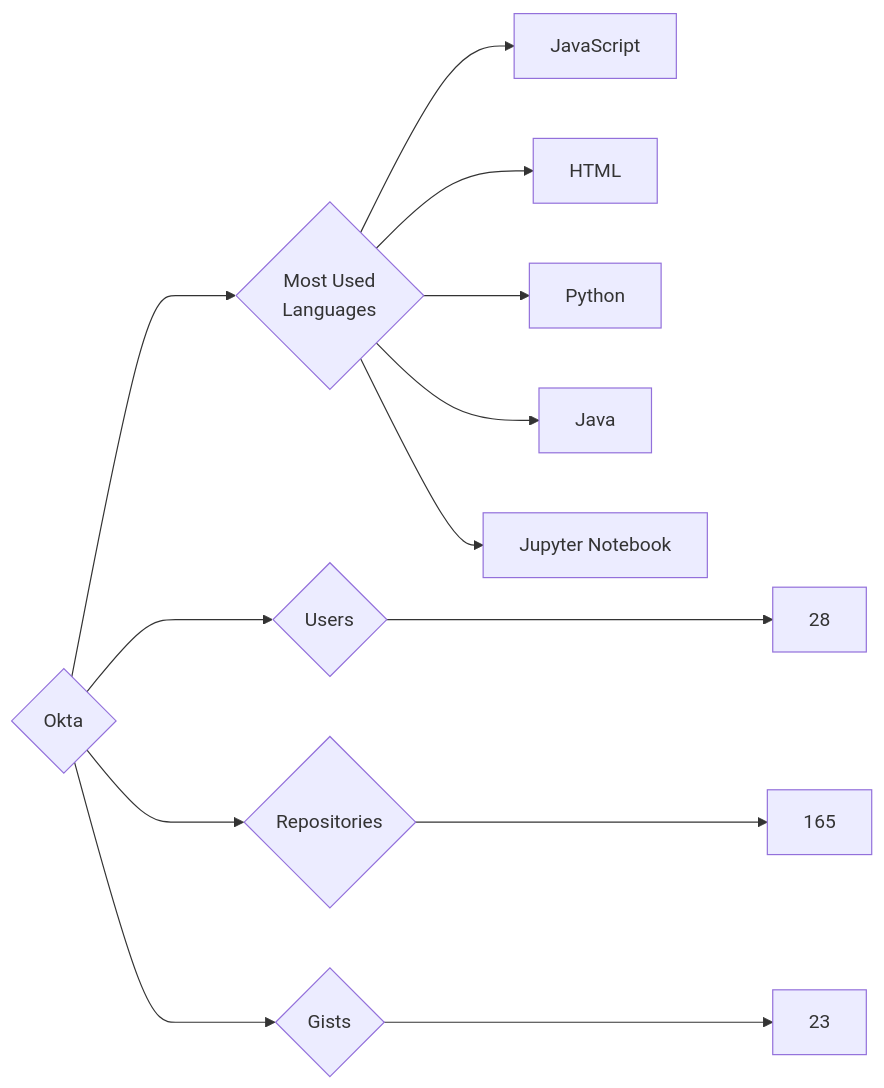
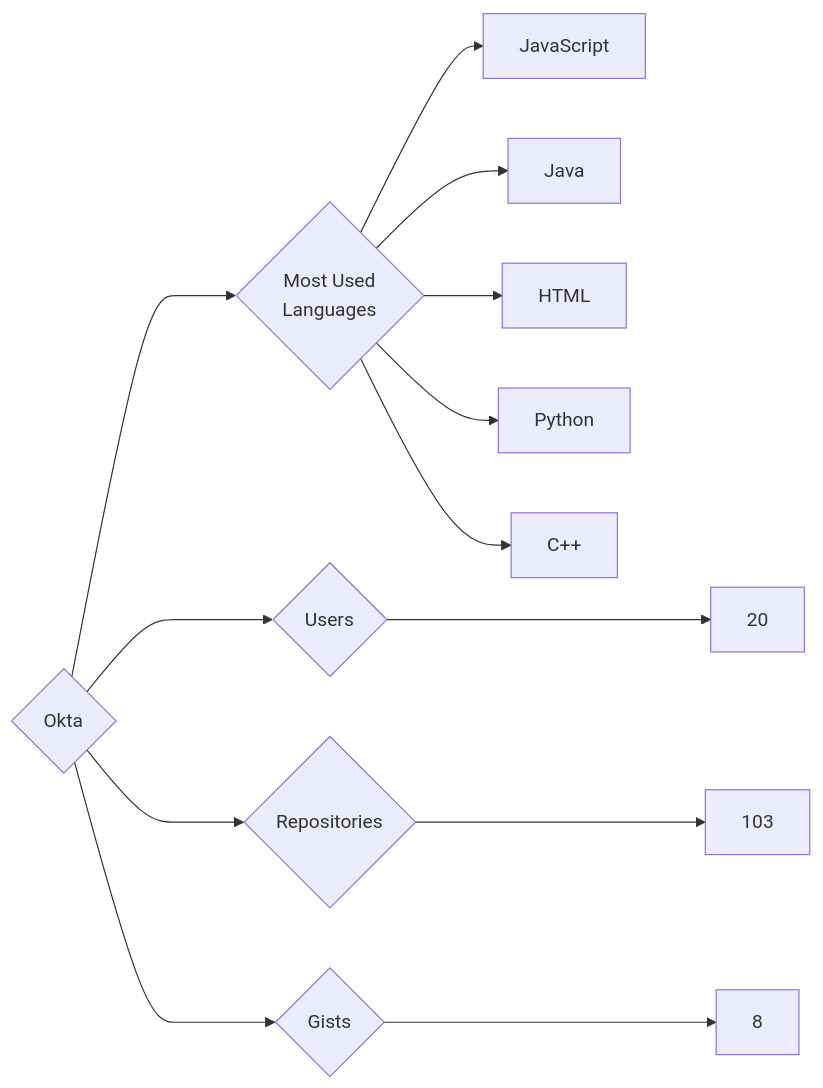
The diagram in targets/Okta/README.md (trickest/insiders), drawn with Mermaid before and after one commit. The commit also changed 695 other files, not shown here.

````diff
--- a/targets/Okta/README.md
+++ b/targets/Okta/README.md
@@ -3,13 +3,13 @@
 ```mermaid
 graph LR
 COMPANY_NAME{Okta}
-COMPANY_NAME ---> U{Users} ---> UN[28]
-COMPANY_NAME ---> R{Repositories} ---> RN[165]
-COMPANY_NAME ---> G{Gists} ---> GN[23]
+COMPANY_NAME ---> U{Users} ---> UN[20]
+COMPANY_NAME ---> R{Repositories} ---> RN[103]
+COMPANY_NAME ---> G{Gists} ---> GN[8]
 COMPANY_NAME ---> ML{Most Used<br>Languages}
 ML --> JavaScript[JavaScript]
+ML --> Java[Java]
 ML --> HTML[HTML]
 ML --> Python[Python]
-ML --> Java[Java]
-ML --> Jupyter_Notebook[Jupyter Notebook]
+ML --> C++[C++]
 ```
````
